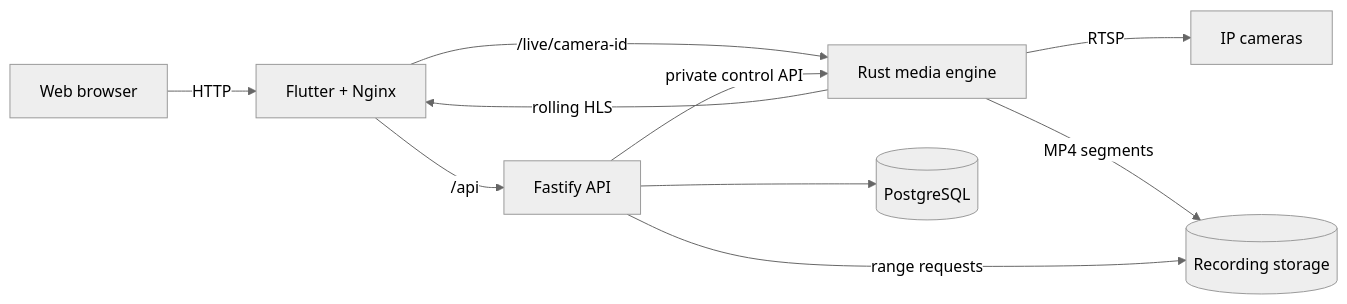
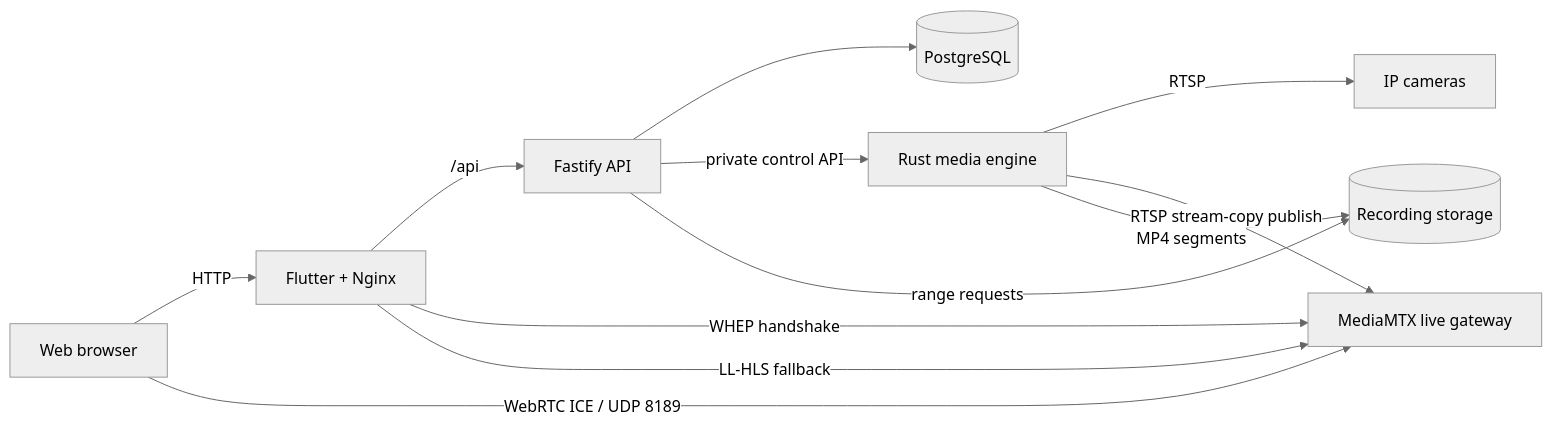
The diagram in README.md (prinako/aegivue), drawn with Mermaid (neutral theme) before and after one commit. The commit also changed other lines of this file, not shown here.

Commit message:
docs: document low-latency WebRTC live preview

````diff
--- a/README.md
+++ b/README.md
@@ -101,12 +103,14 @@
 ```mermaid
 flowchart LR
     Browser[Web browser] -->|HTTP| Web[Flutter + Nginx]
     Web -->|/api| API[Fastify API]
-    Web -->|/live/camera-id| Media[Rust media engine]
+    Web -->|WHEP handshake| RTC[MediaMTX live gateway]
+    Browser -->|WebRTC ICE / UDP 8189| RTC
+    Web -->|LL-HLS fallback| RTC
     API --> DB[(PostgreSQL)]
-    API -->|private control API| Media
+    API -->|private control API| Media[Rust media engine]
     Media -->|RTSP| Cameras[IP cameras]
-    Media -->|rolling HLS| Web
+    Media -->|RTSP stream-copy publish| RTC
     Media -->|MP4 segments| Storage[(Recording storage)]
     API -->|range requests| Storage
 ```
````
